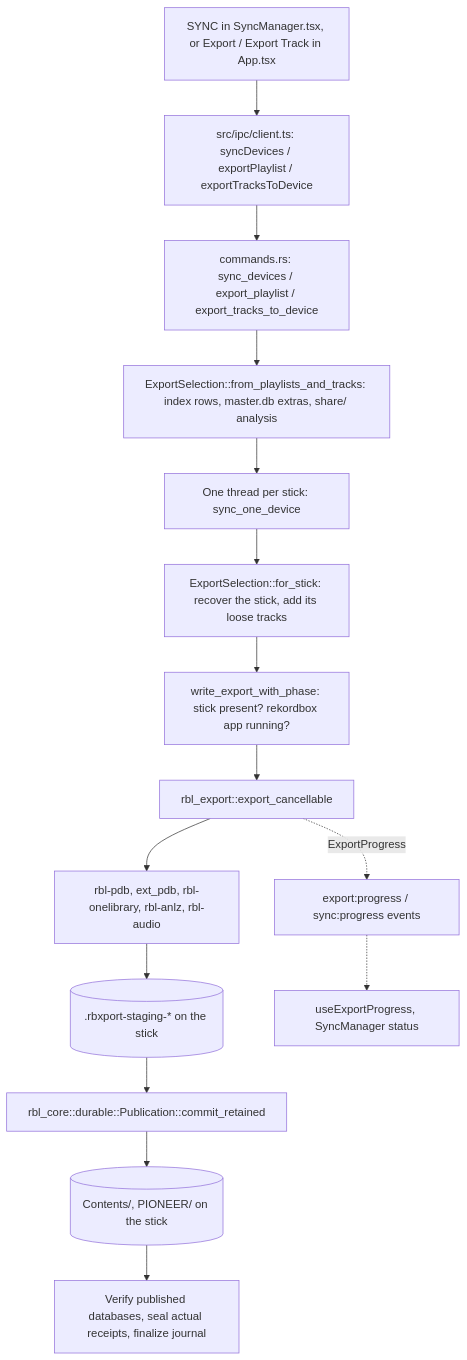
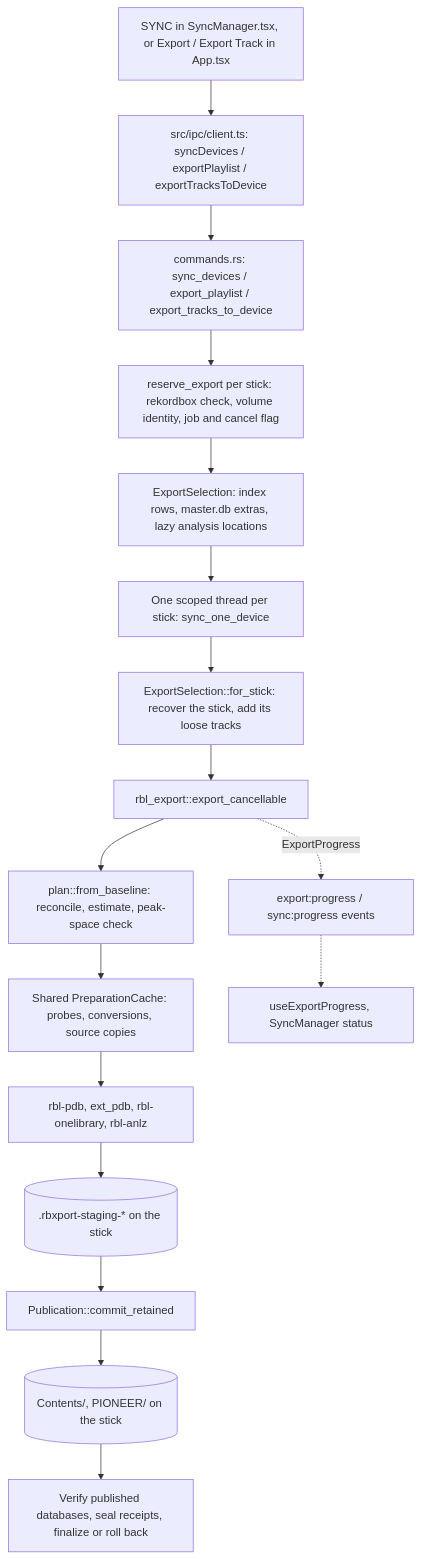
Before and after one commit to Calvin-Zikakis/openbox: the first of 3 diagrams in docs/reference/usb-export-pipeline.md, drawn with Mermaid. The commit also changed other lines of this file and 2 other files, not shown here.

First line of the commit message:
docs: describe how USB export and selective sync work today in one reference

````diff
--- a/docs/reference/usb-export-pipeline.md
+++ b/docs/reference/usb-export-pipeline.md
@@ -130,17 +122,19 @@
 ```mermaid
 flowchart TD
     Click[SYNC in SyncManager.tsx, or Export / Export Track in App.tsx] --> IPC[src/ipc/client.ts: syncDevices / exportPlaylist / exportTracksToDevice]
     IPC --> Cmd[commands.rs: sync_devices / export_playlist / export_tracks_to_device]
-    Cmd --> Sel[ExportSelection::from_playlists_and_tracks: index rows, master.db extras, share/ analysis]
-    Sel --> Per[One thread per stick: sync_one_device]
+    Cmd --> Res[reserve_export per stick: rekordbox check, volume identity, job and cancel flag]
+    Res --> Sel[ExportSelection: index rows, master.db extras, lazy analysis locations]
+    Sel --> Per[One scoped thread per stick: sync_one_device]
     Per --> Stick[ExportSelection::for_stick: recover the stick, add its loose tracks]
-    Stick --> Guard[write_export_with_phase: stick present? rekordbox app running?]
-    Guard --> Export[rbl_export::export_cancellable]
-    Export --> Writers[rbl-pdb, ext_pdb, rbl-onelibrary, rbl-anlz, rbl-audio]
+    Stick --> Export[rbl_export::export_cancellable]
+    Export --> Plan[plan::from_baseline: reconcile, estimate, peak-space check]
+    Plan --> Prep[Shared PreparationCache: probes, conversions, source copies]
+    Prep --> Writers[rbl-pdb, ext_pdb, rbl-onelibrary, rbl-anlz]
     Writers --> Stage[(.rbxport-staging-* on the stick)]
-    Stage --> Commit[rbl_core::durable::Publication::commit_retained]
+    Stage --> Commit[Publication::commit_retained]
     Commit --> Files[(Contents/, PIONEER/ on the stick)]
+    Files --> After[Verify published databases, seal receipts, finalize or roll back]
     Export -. ExportProgress .-> Events[export:progress / sync:progress events]
     Events -.-> UI[useExportProgress, SyncManager status]
-    Files --> After[Verify published databases, seal actual receipts, finalize journal]
 ```
````
